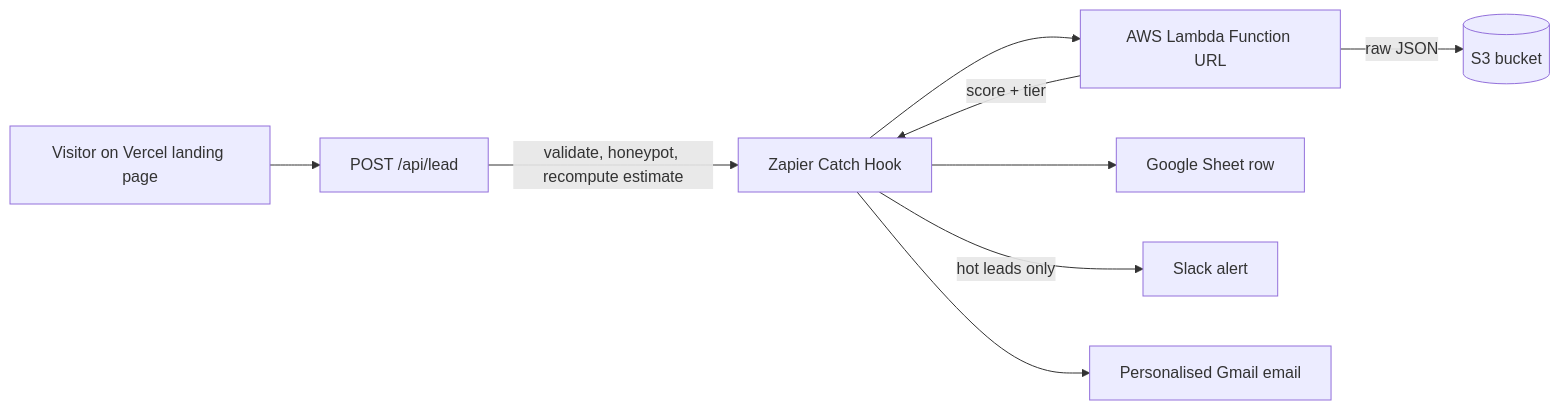
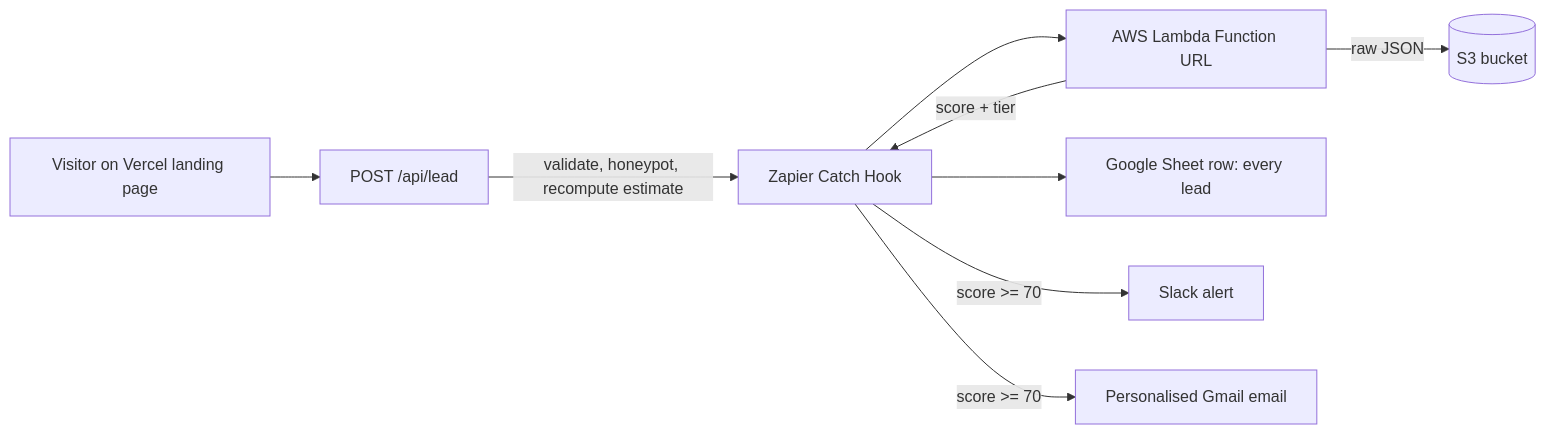
The diagram in docs/architecture.md (Shwalak/equity-pulse), drawn with Mermaid before and after one commit. The commit also changed other lines of this file and 12 other files, not shown here.

````diff
--- a/docs/architecture.md
+++ b/docs/architecture.md
@@ -3,11 +3,11 @@
 ```mermaid
 flowchart LR
   A[Visitor on Vercel landing page] --> B[POST /api/lead]
   B -->|validate, honeypot, recompute estimate| C[Zapier Catch Hook]
   C --> D[AWS Lambda Function URL]
   D -->|raw JSON| E[(S3 bucket)]
   D -->|score + tier| C
-  C --> F[Google Sheet row]
-  C -->|hot leads only| G[Slack alert]
-  C --> H[Personalised Gmail email]
+  C --> F[Google Sheet row: every lead]
+  C -->|score >= 70| G[Slack alert]
+  C -->|score >= 70| H[Personalised Gmail email]
 ```
````
